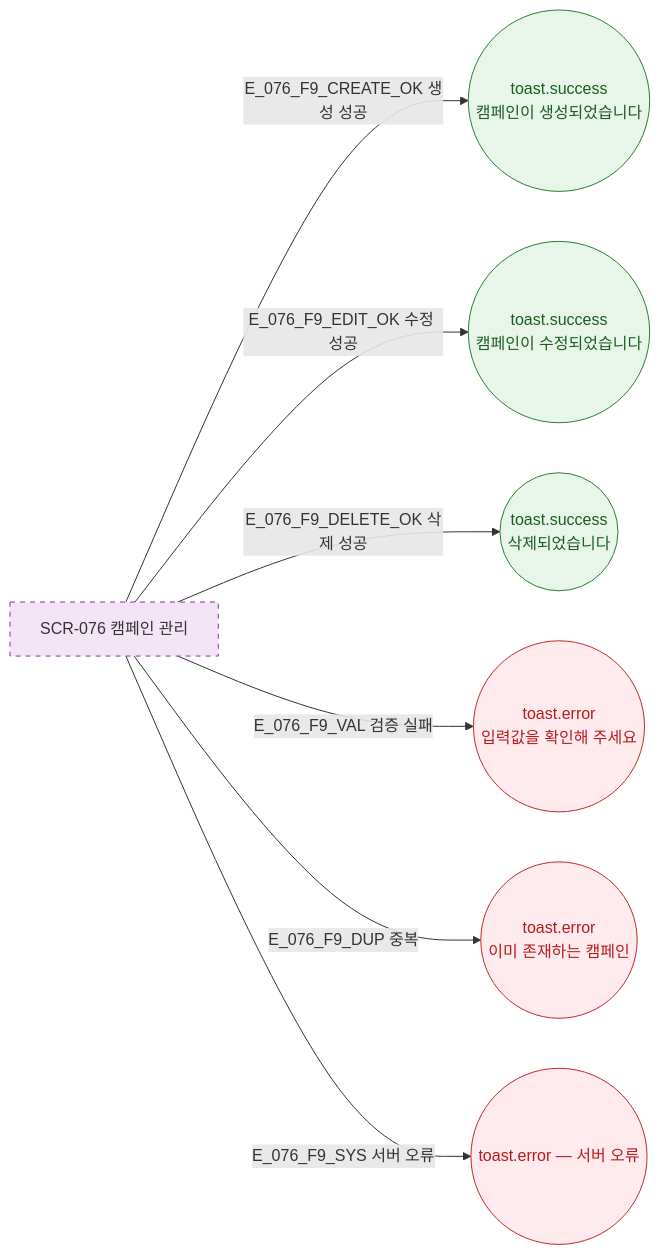
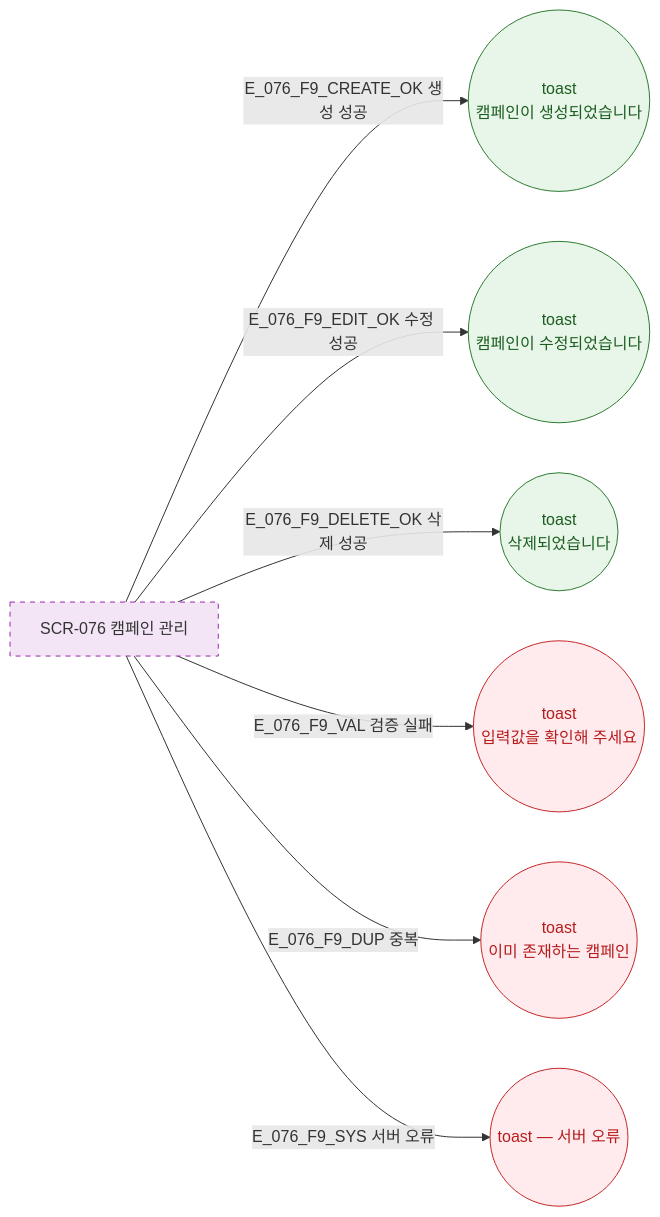
The diagram in docs/다이어그램/D08_마케팅/SCR-076_캠페인관리/F9_토스트피드백.md (dev-spogym/admin-pando), drawn with Mermaid before and after one commit. The commit also changed other lines of this file and 1660 other files, not shown here.

First line of the commit message:
다이어그램: 기획자/클라이언트 납품본으로 정리

````diff
--- a/docs/다이어그램/D08_마케팅/SCR-076_캠페인관리/F9_토스트피드백.md
+++ b/docs/다이어그램/D08_마케팅/SCR-076_캠페인관리/F9_토스트피드백.md
@@ -14,19 +12,19 @@
 ```mermaid
 flowchart LR
   SCR_076[SCR-076 캠페인 관리]
 
-  SCR_076 -->|E_076_F9_CREATE_OK 생성 성공| T1((toast.success\n캠페인이 생성되었습니다))
-  SCR_076 -->|E_076_F9_EDIT_OK 수정 성공| T2((toast.success\n캠페인이 수정되었습니다))
-  SCR_076 -->|E_076_F9_DELETE_OK 삭제 성공| T3((toast.success\n삭제되었습니다))
-  SCR_076 -->|E_076_F9_VAL 검증 실패| T4((toast.error\n입력값을 확인해 주세요))
-  SCR_076 -->|E_076_F9_DUP 중복| T5((toast.error\n이미 존재하는 캠페인))
-  SCR_076 -->|E_076_F9_SYS 서버 오류| T6((toast.error — 서버 오류))
+  SCR_076 -->|E_076_F9_CREATE_OK 생성 성공|T1((toast\n캠페인이 생성되었습니다))
+  SCR_076 -->|E_076_F9_EDIT_OK 수정 성공|T2((toast\n캠페인이 수정되었습니다))
+  SCR_076 -->|E_076_F9_DELETE_OK 삭제 성공|T3((toast\n삭제되었습니다))
+  SCR_076 -->|E_076_F9_VAL 검증 실패|T4((toast\n입력값을 확인해 주세요))
+  SCR_076 -->|E_076_F9_DUP 중복|T5((toast\n이미 존재하는 캠페인))
+  SCR_076 -->|E_076_F9_SYS 서버 오류|T6((toast — 서버 오류))
 
   classDef newFeature fill:#F3E5F5,stroke:#9C27B0,stroke-dasharray:5 5
-  classDef success    fill:#E8F5E9,stroke:#2E7D32,color:#1B5E20
-  classDef error      fill:#FFEBEE,stroke:#C62828,color:#B71C1C
+  classDef success fill:#E8F5E9,stroke:#2E7D32,color:#1B5E20
+  classDef error fill:#FFEBEE,stroke:#C62828,color:#B71C1C
 
   class SCR_076 newFeature
   class T1,T2,T3 success
   class T4,T5,T6 error
 ```
````
